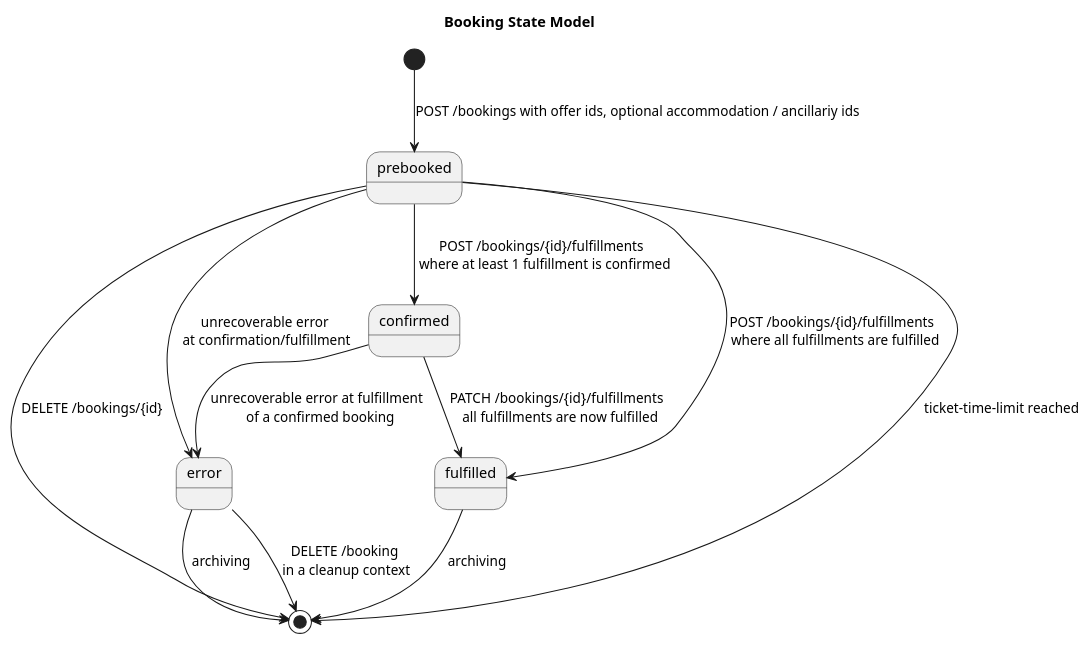
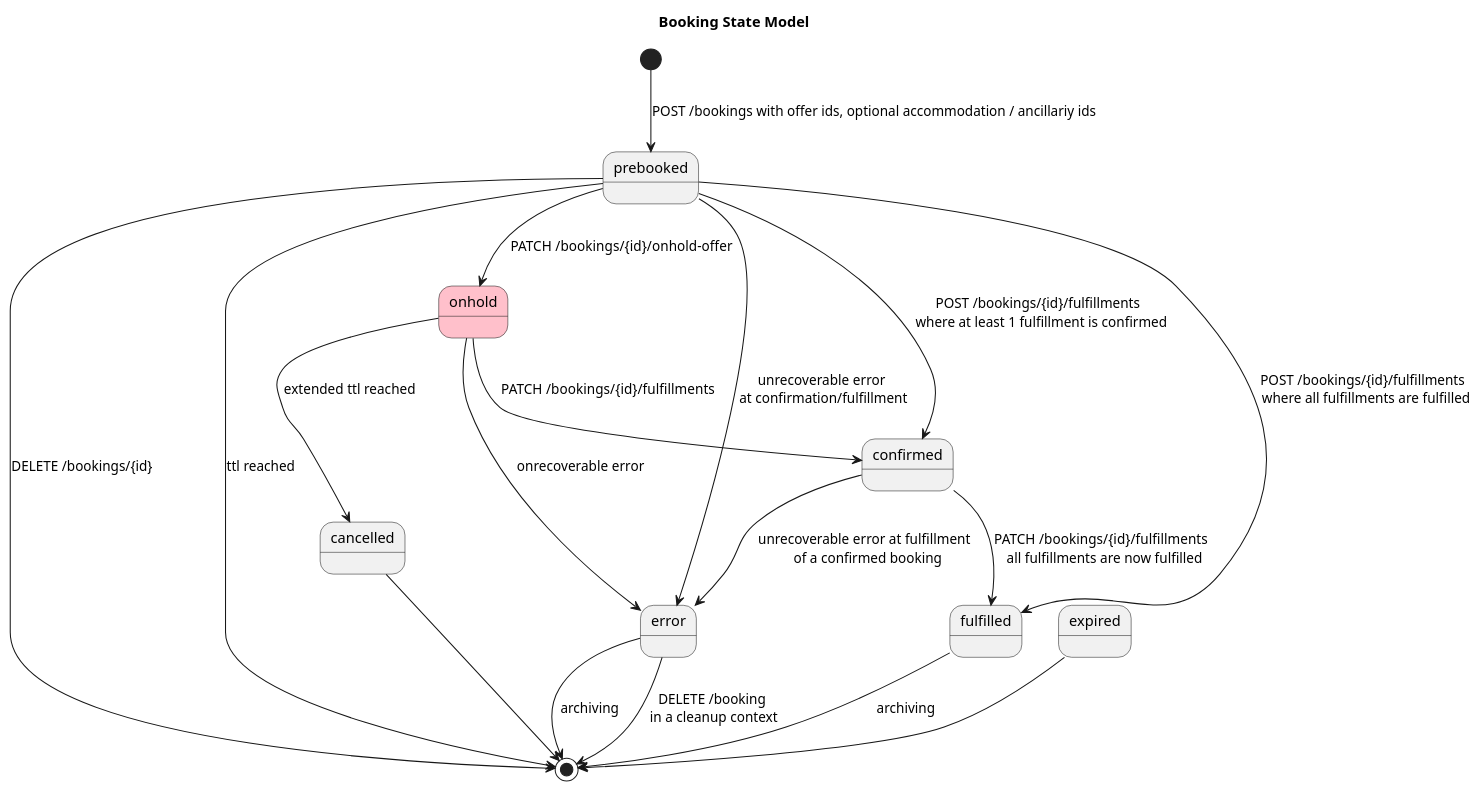
Before and after one commit to UnionInternationalCheminsdeFer/OSDM: the diagram in images/models/booking-state-model.puml, drawn with PlantUML. The commit also changed 1 other file, not shown here.

```diff
--- a/images/models/booking-state-model.puml
+++ b/images/models/booking-state-model.puml
@@ -1,17 +1,25 @@
 @startuml
 
 title "Booking State Model"
 
+state onhold #pink
+
 [*] --> prebooked : POST /bookings with offer ids, optional accommodation / ancillariy ids
 prebooked --> confirmed: POST /bookings/{id}/fulfillments \n where at least 1 fulfillment is confirmed
 prebooked --> [*]: DELETE /bookings/{id}
-prebooked --> [*]: ticket-time-limit reached
+prebooked --> [*]: ttl reached
 prebooked --> error: unrecoverable error \nat confirmation/fulfillment
 prebooked --> fulfilled: POST /bookings/{id}/fulfillments \n where all fulfillments are fulfilled
+prebooked --> onhold: PATCH /bookings/{id}/onhold-offer
+onhold --> confirmed: PATCH /bookings/{id}/fulfillments
+onhold --> cancelled: extended ttl reached
+cancelled --> [*]
+onhold --> error: onrecoverable error 
+expired --> [*]
 confirmed --> fulfilled: PATCH /bookings/{id}/fulfillments \n all fulfillments are now fulfilled
 confirmed --> error: unrecoverable error at fulfillment \n of a confirmed booking
 fulfilled --> [*] : archiving
 error --> [*] : DELETE /booking \nin a cleanup context
 error --> [*] : archiving
 
 @enduml
```
